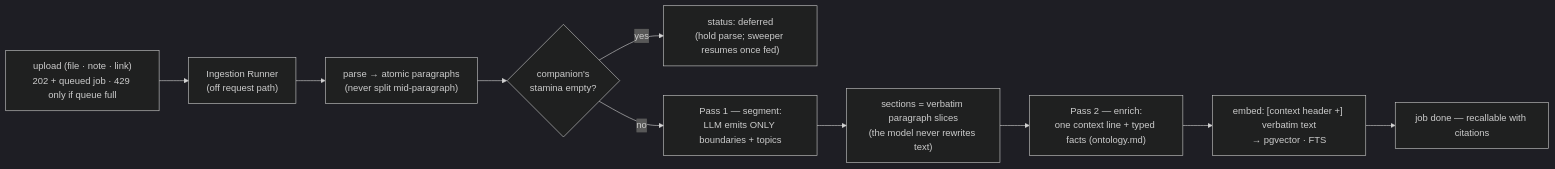
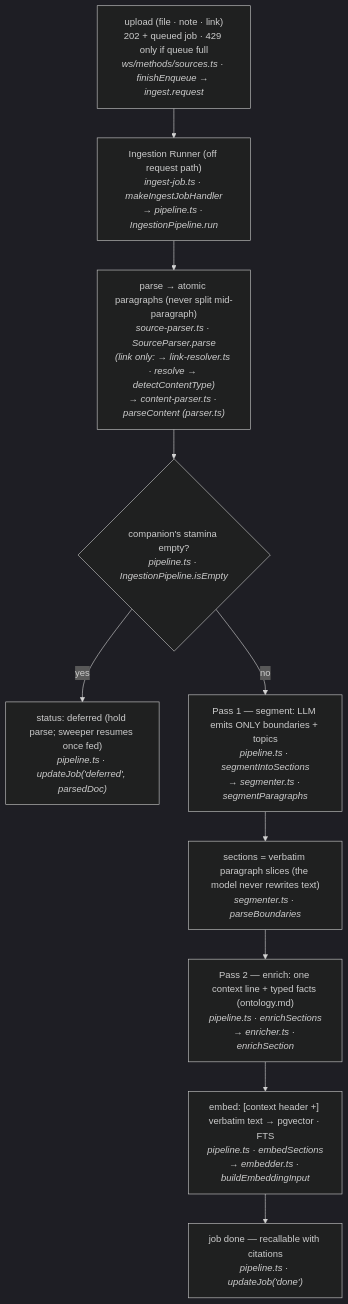
The tenth of 12 diagrams in docs/architecture.md (CobbleStamp/CobbleCompanion), drawn with Mermaid (dark theme) before and after one commit. The commit also changed 4 other files, not shown here.

````diff
--- a/docs/architecture.md
+++ b/docs/architecture.md
@@ -656,12 +656,12 @@
 ```mermaid
-flowchart LR
-    UP["upload (file · note · link)<br/>202 + queued job · 429 only if queue full"] --> RUN["Ingestion Runner<br/>(off request path)"]
-    RUN --> PARSE["parse → atomic paragraphs<br/>(never split mid-paragraph)"]
-    PARSE --> GATE{"companion's<br/>stamina empty?"}
-    GATE -->|yes| DEFER["status: deferred<br/>(hold parse; sweeper resumes once fed)"]
-    GATE -->|no| P1["Pass 1 — segment:<br/>LLM emits ONLY boundaries + topics"]
-    P1 --> SECT["sections = verbatim paragraph slices<br/>(the model never rewrites text)"]
-    SECT --> P2["Pass 2 — enrich:<br/>one context line + typed facts (ontology.md)"]
-    P2 --> EMB["embed: [context header +] verbatim text<br/>→ pgvector · FTS"]
-    EMB --> DONE["job done — recallable with citations"]
+flowchart TB
+    UP["upload (file · note · link)<br/>202 + queued job · 429 only if queue full<br/><i>ws/methods/sources.ts · finishEnqueue → ingest.request</i>"] --> RUN["Ingestion Runner (off request path)<br/><i>ingest-job.ts · makeIngestJobHandler<br/>→ pipeline.ts · IngestionPipeline.run</i>"]
+    RUN --> PARSE["parse → atomic paragraphs (never split mid-paragraph)<br/><i>source-parser.ts · SourceParser.parse<br/>(link only: → link-resolver.ts · resolve → detectContentType)<br/>→ content-parser.ts · parseContent (parser.ts)</i>"]
+    PARSE --> GATE{"companion's stamina empty?<br/><i>pipeline.ts · IngestionPipeline.isEmpty</i>"}
+    GATE -->|yes| DEFER["status: deferred (hold parse; sweeper resumes once fed)<br/><i>pipeline.ts · updateJob('deferred', parsedDoc)</i>"]
+    GATE -->|no| P1["Pass 1 — segment: LLM emits ONLY boundaries + topics<br/><i>pipeline.ts · segmentIntoSections<br/>→ segmenter.ts · segmentParagraphs</i>"]
+    P1 --> SECT["sections = verbatim paragraph slices (the model never rewrites text)<br/><i>segmenter.ts · parseBoundaries</i>"]
+    SECT --> P2["Pass 2 — enrich: one context line + typed facts (ontology.md)<br/><i>pipeline.ts · enrichSections<br/>→ enricher.ts · enrichSection</i>"]
+    P2 --> EMB["embed: [context header +] verbatim text → pgvector · FTS<br/><i>pipeline.ts · embedSections<br/>→ embedder.ts · buildEmbeddingInput</i>"]
+    EMB --> DONE["job done — recallable with citations<br/><i>pipeline.ts · updateJob('done')</i>"]
 ```
````
